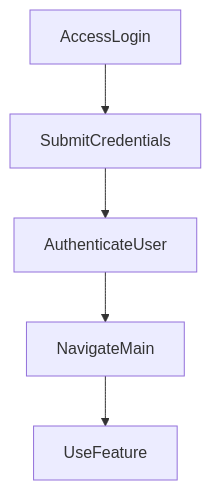
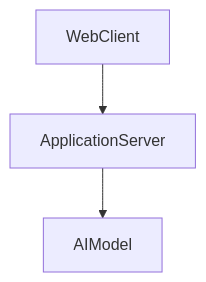
The first of 2 diagrams in README.md (yogithasivakumar/FocusZen), drawn with Mermaid before and after one commit. The commit also changed other lines of this file, not shown here.

````diff
--- a/README.md
+++ b/README.md
@@ -24,7 +11,5 @@
 ```mermaid
 flowchart TD
-    AccessLogin --> SubmitCredentials
-    SubmitCredentials --> AuthenticateUser
-    AuthenticateUser --> NavigateMain
-    NavigateMain --> UseFeature
+    WebClient --> ApplicationServer
+    ApplicationServer --> AIModel
 ```
````
